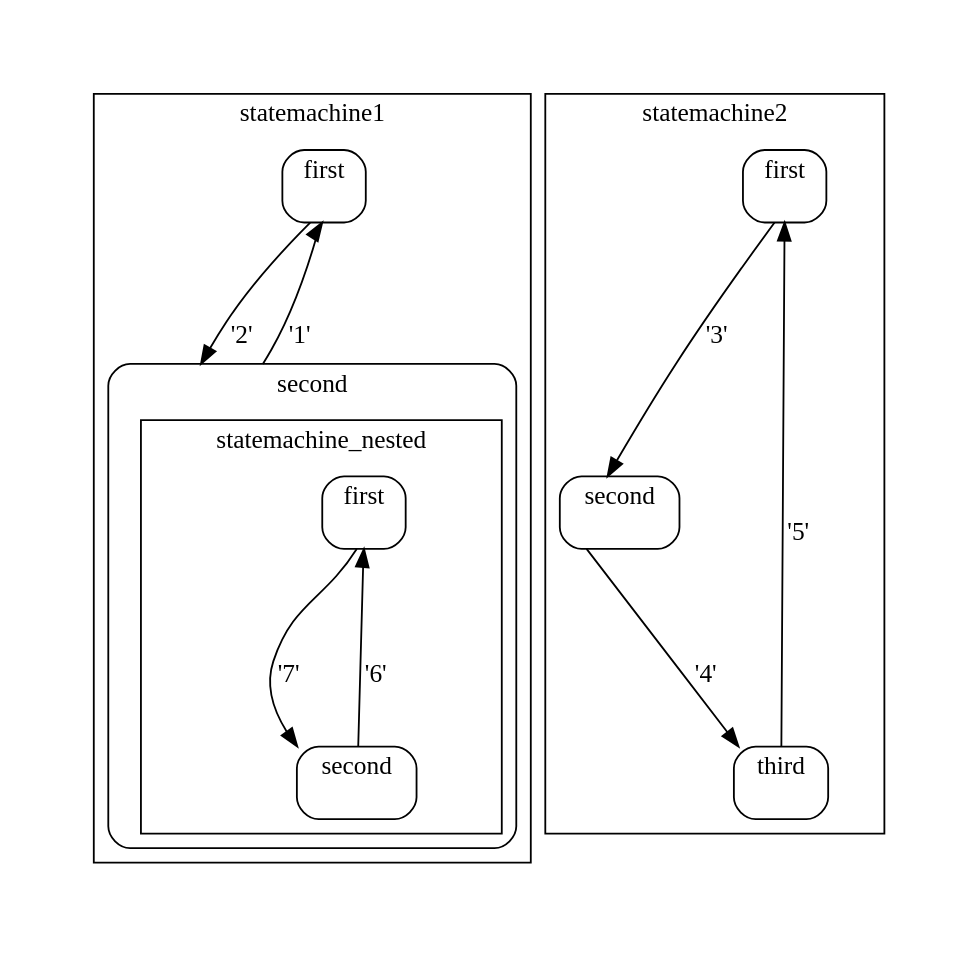
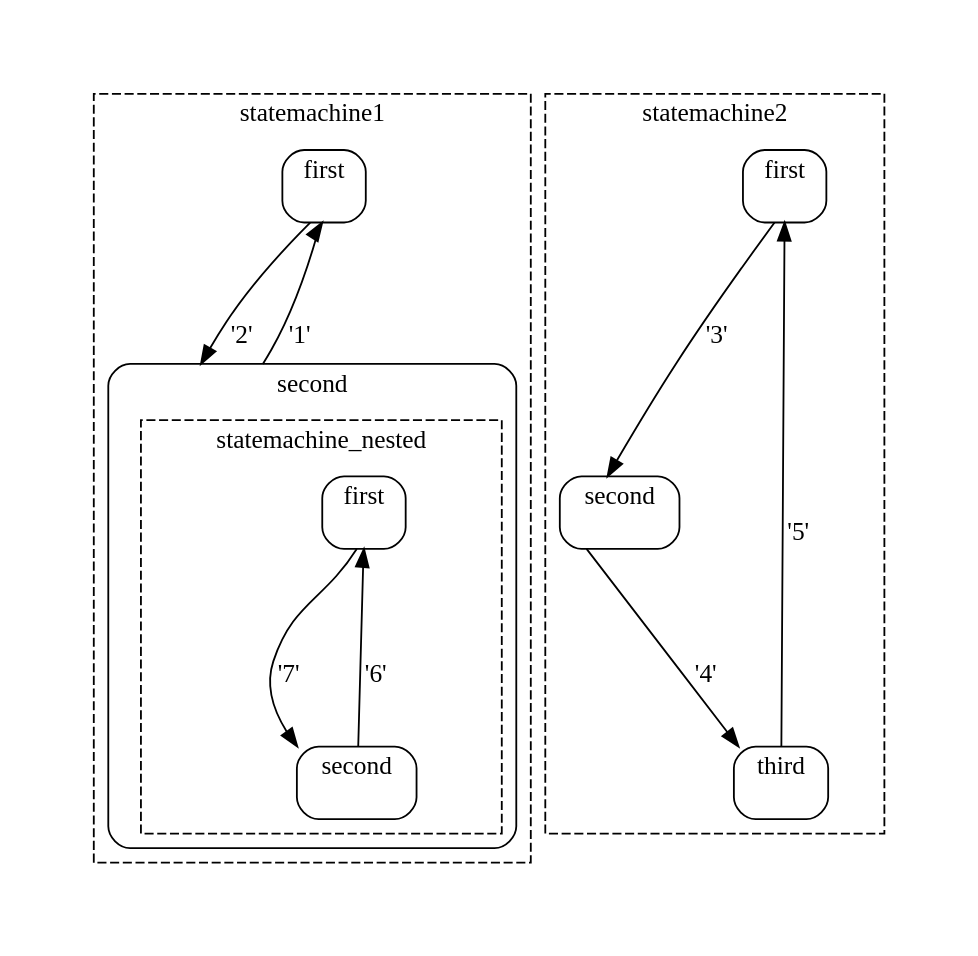
The diagram in test.dot (dasmuli/cstatecharts), drawn with Graphviz before and after one commit. The commit also changed 2 other files, not shown here.

Commit message:
Changed style of statemachine to dashed.

```diff
--- a/test.dot
+++ b/test.dot
@@ -1,57 +1,57 @@
 digraph D {
 compound=true
 graph [pad="0.5", nodesep="1", ranksep="1.75"];subgraph cluster_statemachine1 {
-style = solid
+style = dashed
   label = statemachine1
 subgraph cluster_statemachine1_first {
 style = rounded
 label = first
 statemachine1_first_C [ style=invis, shape = plaintext, label="", height=0, width=0 ];
 }
 statemachine1_first_C -> statemachine1_second_C [ltail=cluster_statemachine1_first lhead=cluster_statemachine1_second label="'2'" ];
 subgraph cluster_statemachine1_second {
 style = rounded
 label = second
 statemachine1_second_C [ style=invis, shape = plaintext, label="", height=0, width=0 ];
 subgraph cluster_statemachine_nested {
-style = solid
+style = dashed
   label = statemachine_nested
 subgraph cluster_statemachine_nested_first {
 style = rounded
 label = first
 statemachine_nested_first_C [ style=invis, shape = plaintext, label="", height=0, width=0 ];
 }
 statemachine_nested_first_C -> statemachine_nested_second_C [ltail=cluster_statemachine_nested_first lhead=cluster_statemachine_nested_second label="'7'" ];
 subgraph cluster_statemachine_nested_second {
 style = rounded
 label = second
 statemachine_nested_second_C [ style=invis, shape = plaintext, label="", height=0, width=0 ];
 }
 statemachine_nested_second_C -> statemachine_nested_first_C [ltail=cluster_statemachine_nested_second lhead=cluster_statemachine_nested_first label="'6'" ];
 }
 }
 statemachine1_second_C -> statemachine1_first_C [ltail=cluster_statemachine1_second lhead=cluster_statemachine1_first label="'1'" ];
 }
 subgraph cluster_statemachine2 {
-style = solid
+style = dashed
   label = statemachine2
 subgraph cluster_statemachine2_first {
 style = rounded
 label = first
 statemachine2_first_C [ style=invis, shape = plaintext, label="", height=0, width=0 ];
 }
 statemachine2_first_C -> statemachine2_second_C [ltail=cluster_statemachine2_first lhead=cluster_statemachine2_second label="'3'" ];
 subgraph cluster_statemachine2_second {
 style = rounded
 label = second
 statemachine2_second_C [ style=invis, shape = plaintext, label="", height=0, width=0 ];
 }
 statemachine2_second_C -> statemachine2_third_C [ltail=cluster_statemachine2_second lhead=cluster_statemachine2_third label="'4'" ];
 subgraph cluster_statemachine2_third {
 style = rounded
 label = third
 statemachine2_third_C [ style=invis, shape = plaintext, label="", height=0, width=0 ];
 }
 statemachine2_third_C -> statemachine2_first_C [ltail=cluster_statemachine2_third lhead=cluster_statemachine2_first label="'5'" ];
 }
 }
```
